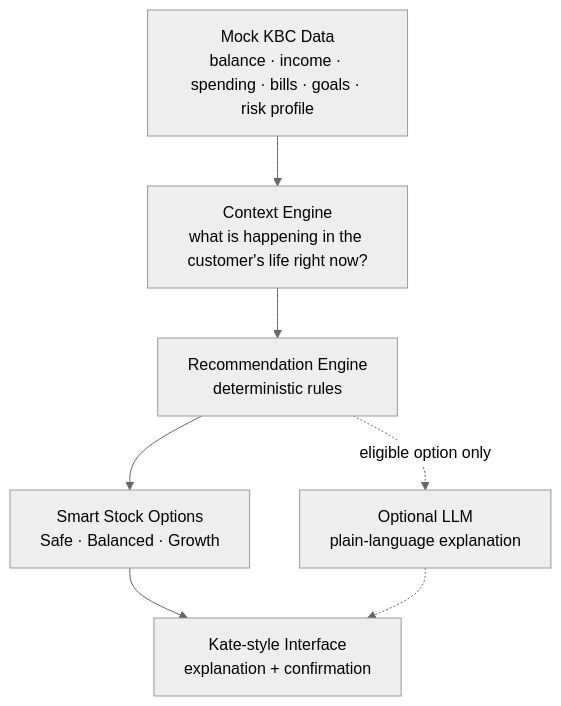
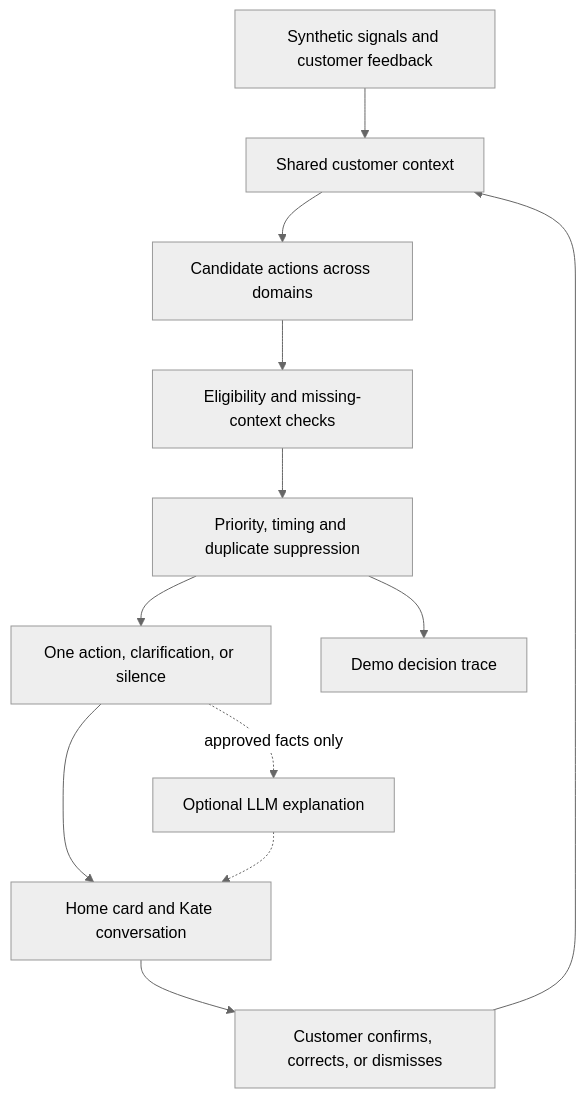
Before and after one commit to ShayChen817/Pirates0fLeuven: the diagram in README.md, drawn with Mermaid (neutral theme). The commit also changed other lines of this file and 5 other files, not shown here.

First line of the commit message:
Define Moments Engine vision and shared frontend-engine contract

````diff
--- a/README.md
+++ b/README.md
@@ -75,10 +189,14 @@
 ```mermaid
 flowchart TD
-    A[Mock KBC Data<br/>balance · income · spending · bills · goals · risk profile] --> B
-    B[Context Engine<br/>what is happening in the customer's life right now?] --> C
-    C[Recommendation Engine<br/>deterministic rules] --> D
-    D[Smart Stock Options<br/>Safe · Balanced · Growth] --> E
-    E[Kate-style Interface<br/>explanation + confirmation]
-    C -. eligible option only .-> L[Optional LLM<br/>plain-language explanation]
-    L -.-> E
+    A[Synthetic signals and customer feedback] --> B[Shared customer context]
+    B --> C[Candidate actions across domains]
+    C --> D[Eligibility and missing-context checks]
+    D --> E[Priority, timing and duplicate suppression]
+    E --> F[One action, clarification, or silence]
+    F --> G[Home card and Kate conversation]
+    G --> H[Customer confirms, corrects, or dismisses]
+    H --> B
+    E --> I[Demo decision trace]
+    F -. approved facts only .-> J[Optional LLM explanation]
+    J -.-> G
 ```
````
